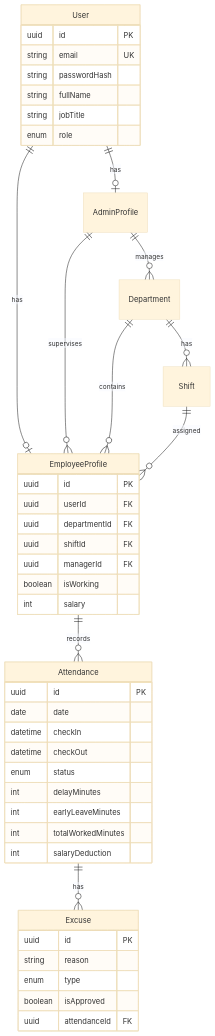
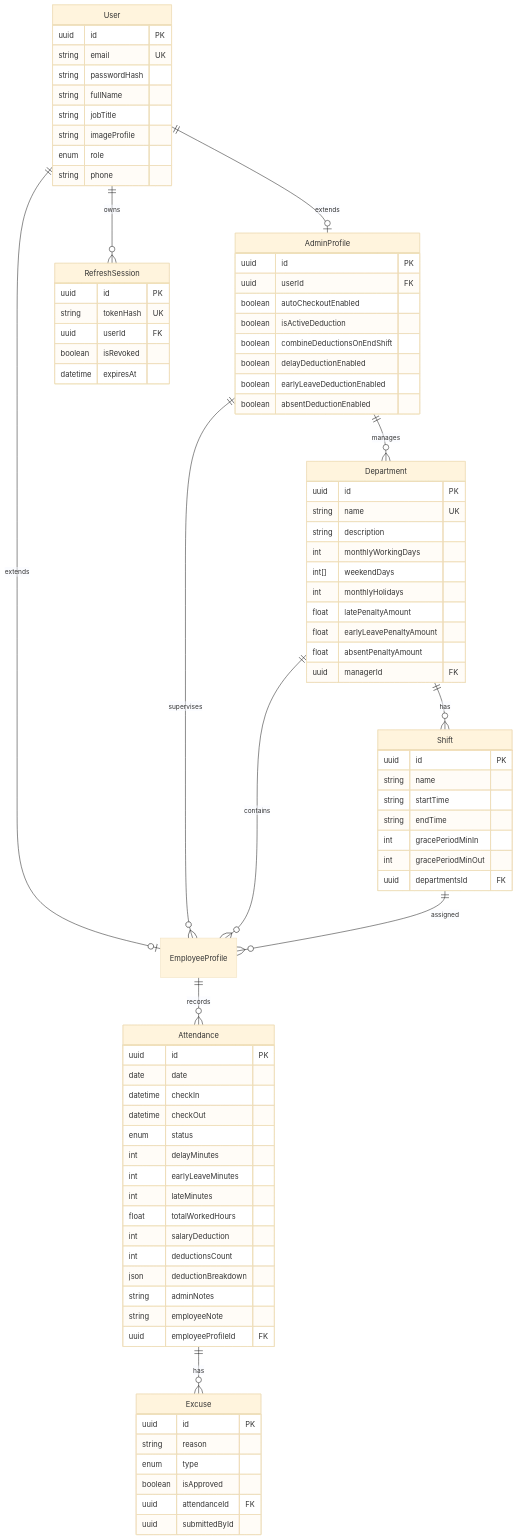
Before and after one commit to Badi-flata/work-time-beck: the diagram in README.md, drawn with Mermaid (base theme). The commit also changed other lines of this file, not shown here.

Commit message:
docs: update README with v4.0.0 features, endpoints, multi-manager architecture, and release history

````diff
--- a/README.md
+++ b/README.md
@@ -269,7 +267,8 @@
 ```mermaid
 erDiagram
-    User ||--o| AdminProfile : "has"
-    User ||--o| EmployeeProfile : "has"
+    User ||--o| AdminProfile : "extends"
+    User ||--o| EmployeeProfile : "extends"
+    User ||--o{ RefreshSession : "owns"
     AdminProfile ||--o{ Department : "manages"
     AdminProfile ||--o{ EmployeeProfile : "supervises"
     Department ||--o{ EmployeeProfile : "contains"
@@ -284,17 +283,43 @@
         string passwordHash
         string fullName
         string jobTitle
+        string imageProfile
         enum role
+        string phone
     }
 
-    EmployeeProfile {
+    AdminProfile {
         uuid id PK
         uuid userId FK
-        uuid departmentId FK
-        uuid shiftId FK
+        boolean autoCheckoutEnabled
+        boolean isActiveDeduction
+        boolean combineDeductionsOnEndShift
+        boolean delayDeductionEnabled
+        boolean earlyLeaveDeductionEnabled
+        boolean absentDeductionEnabled
+    }
+
+    Department {
+        uuid id PK
+        string name UK
+        string description
+        int monthlyWorkingDays
+        int[] weekendDays
+        int monthlyHolidays
+        float latePenaltyAmount
+        float earlyLeavePenaltyAmount
+        float absentPenaltyAmount
         uuid managerId FK
-        boolean isWorking
-        int salary
+    }
+
+    Shift {
+        uuid id PK
+        string name
+        string startTime
+        string endTime
+        int gracePeriodMinIn
+        int gracePeriodMinOut
+        uuid departmentsId FK
     }
 
     Attendance {
@@ -305,8 +330,14 @@
         enum status
         int delayMinutes
         int earlyLeaveMinutes
-        int totalWorkedMinutes
+        int lateMinutes
+        float totalWorkedHours
         int salaryDeduction
+        int deductionsCount
+        json deductionBreakdown
+        string adminNotes
+        string employeeNote
+        uuid employeeProfileId FK
     }
 
     Excuse {
@@ -315,5 +346,14 @@
         enum type
         boolean isApproved
         uuid attendanceId FK
+        uuid submittedById
+    }
+
+    RefreshSession {
+        uuid id PK
+        string tokenHash UK
+        uuid userId FK
+        boolean isRevoked
+        datetime expiresAt
     }
 ```
````
